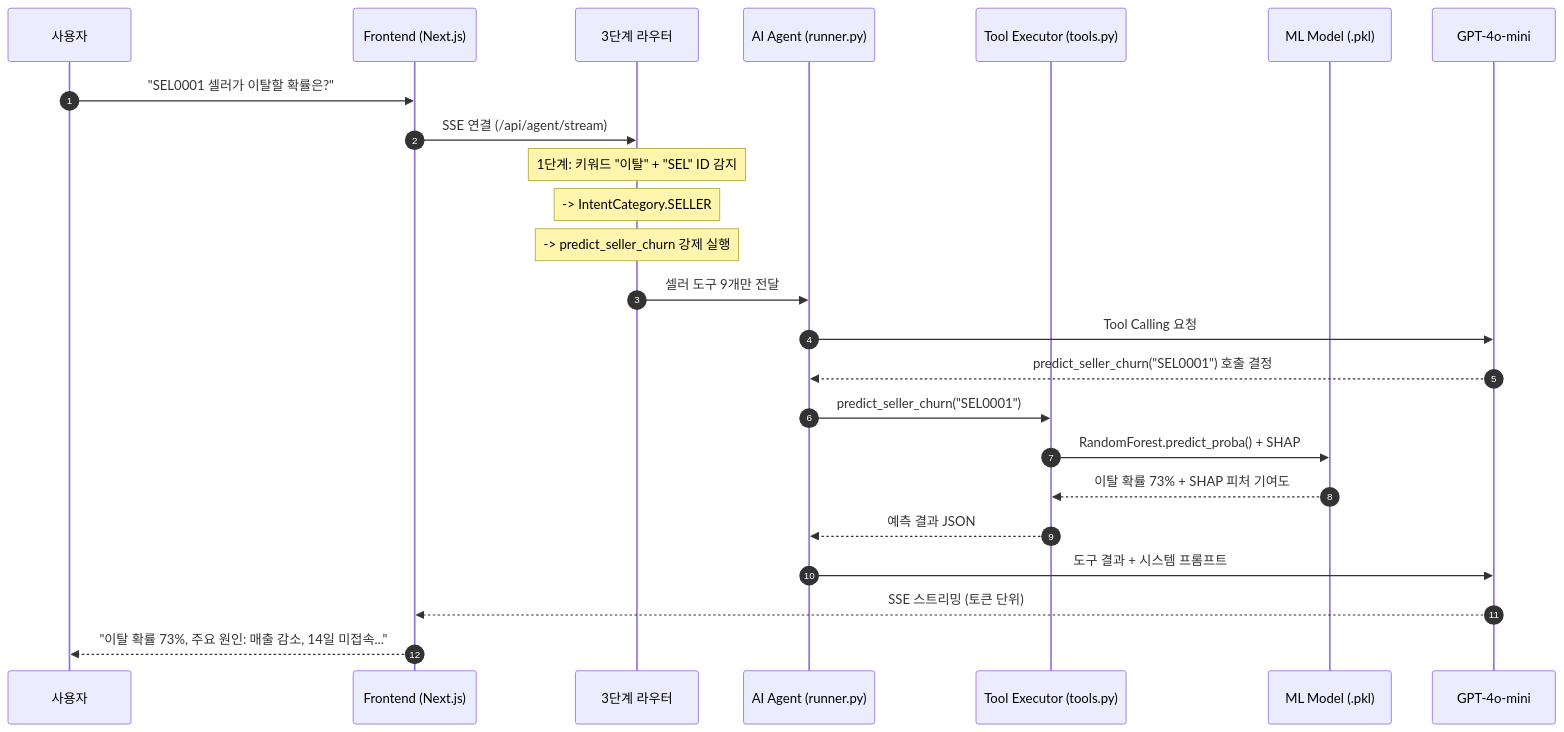
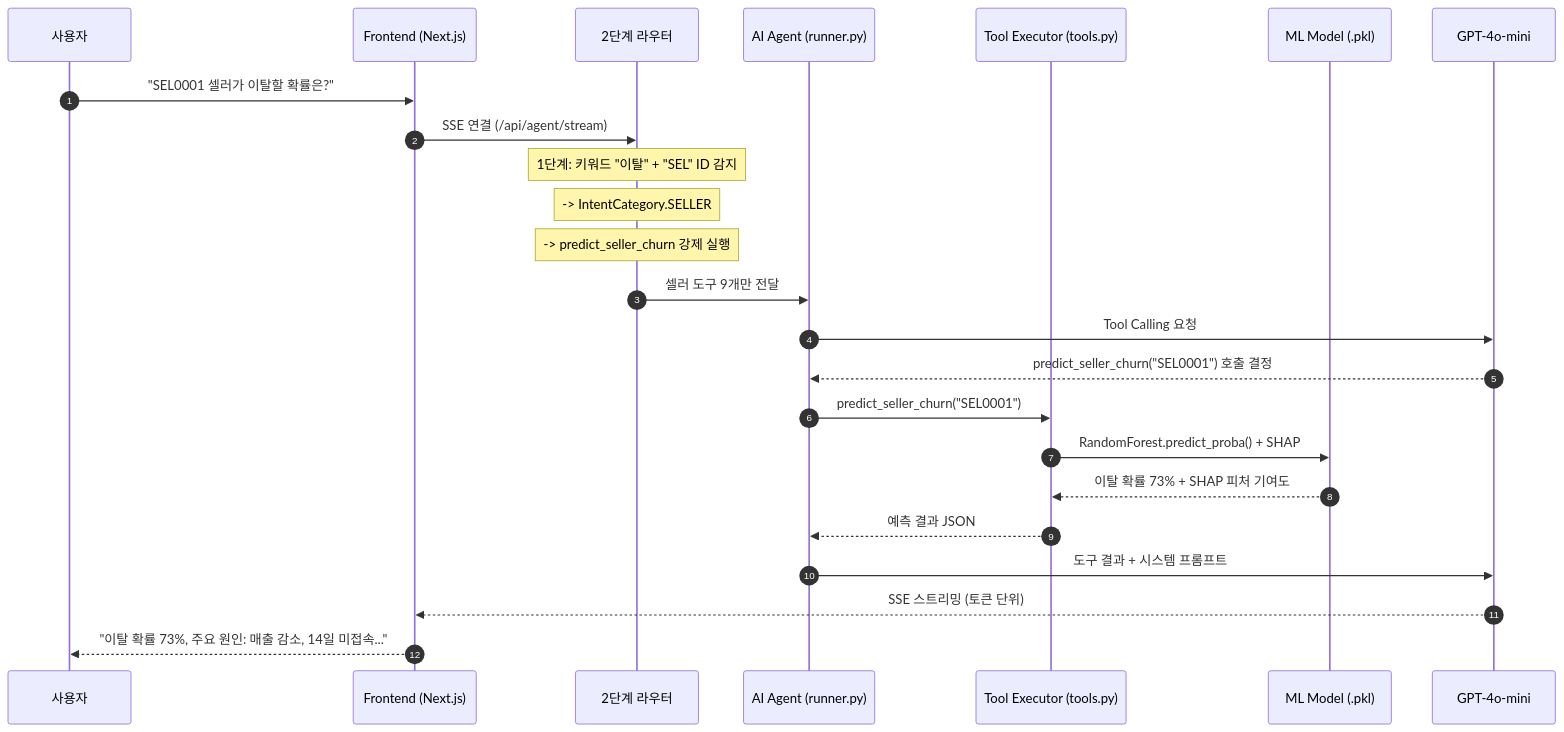
One commit to ASNGG/cafe24-demo changed the second of 7 diagrams in README.md. Above: the diagram before and after it, drawn with Mermaid. The commit also changed other lines of this file and 2 other files, not shown here.

````diff
--- a/README.md
+++ b/README.md
@@ -157,31 +167,31 @@
 ```mermaid
 sequenceDiagram
     autonumber
     participant User as 사용자
     participant FE as Frontend (Next.js)
-    participant Router as 3단계 라우터
+    participant Router as 2단계 라우터
     participant Agent as AI Agent (runner.py)
     participant Tool as Tool Executor (tools.py)
     participant ML as ML Model (.pkl)
     participant LLM as GPT-4o-mini
 
     User->>FE: "SEL0001 셀러가 이탈할 확률은?"
     FE->>Router: SSE 연결 (/api/agent/stream)
 
     Note over Router: 1단계: 키워드 "이탈" + "SEL" ID 감지
     Note over Router: -> IntentCategory.SELLER
     Note over Router: -> predict_seller_churn 강제 실행
     Router->>Agent: 셀러 도구 9개만 전달
 
     Agent->>LLM: Tool Calling 요청
     LLM-->>Agent: predict_seller_churn("SEL0001") 호출 결정
 
     Agent->>Tool: predict_seller_churn("SEL0001")
     Tool->>ML: RandomForest.predict_proba() + SHAP
     ML-->>Tool: 이탈 확률 73% + SHAP 피처 기여도
     Tool-->>Agent: 예측 결과 JSON
 
     Agent->>LLM: 도구 결과 + 시스템 프롬프트
     LLM-->>FE: SSE 스트리밍 (토큰 단위)
     FE-->>User: "이탈 확률 73%, 주요 원인: 매출 감소, 14일 미접속..."
 ```
````
